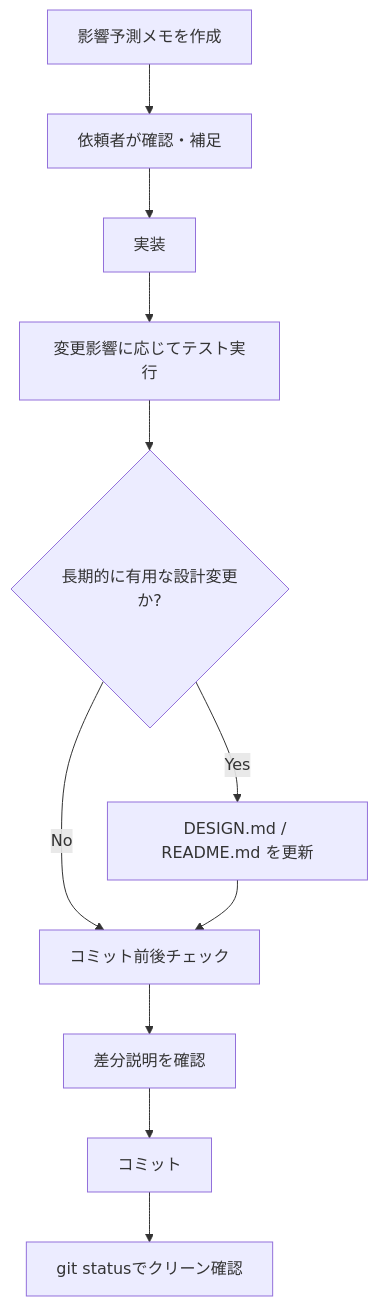
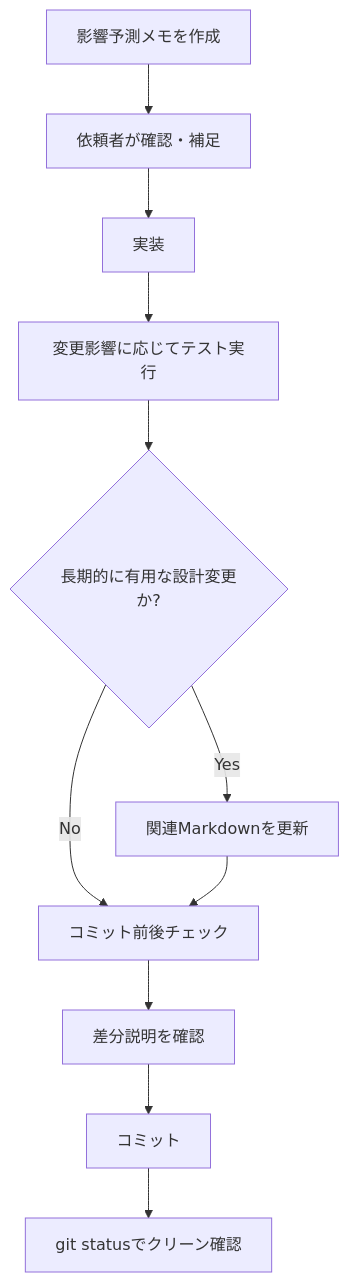
One commit to an-oa/devel-knksongs changed the diagram in WORKFLOW.md. Above: the diagram before and after it, drawn with Mermaid. The commit also changed other lines of this file and 3 other files, not shown here.

````diff
--- a/WORKFLOW.md
+++ b/WORKFLOW.md
@@ -33,13 +35,13 @@
 ```mermaid
 flowchart TD
     A[影響予測メモを作成] --> B[依頼者が確認・補足]
     B --> C[実装]
     C --> D[変更影響に応じてテスト実行]
     D --> E{長期的に有用な設計変更か?}
-    E -- Yes --> F[DESIGN.md / README.md を更新]
+    E -- Yes --> F[関連Markdownを更新]
     E -- No --> G[コミット前後チェック]
     F --> G
     G --> H[差分説明を確認]
     H --> I[コミット]
     I --> J[git statusでクリーン確認]
 ```
````
